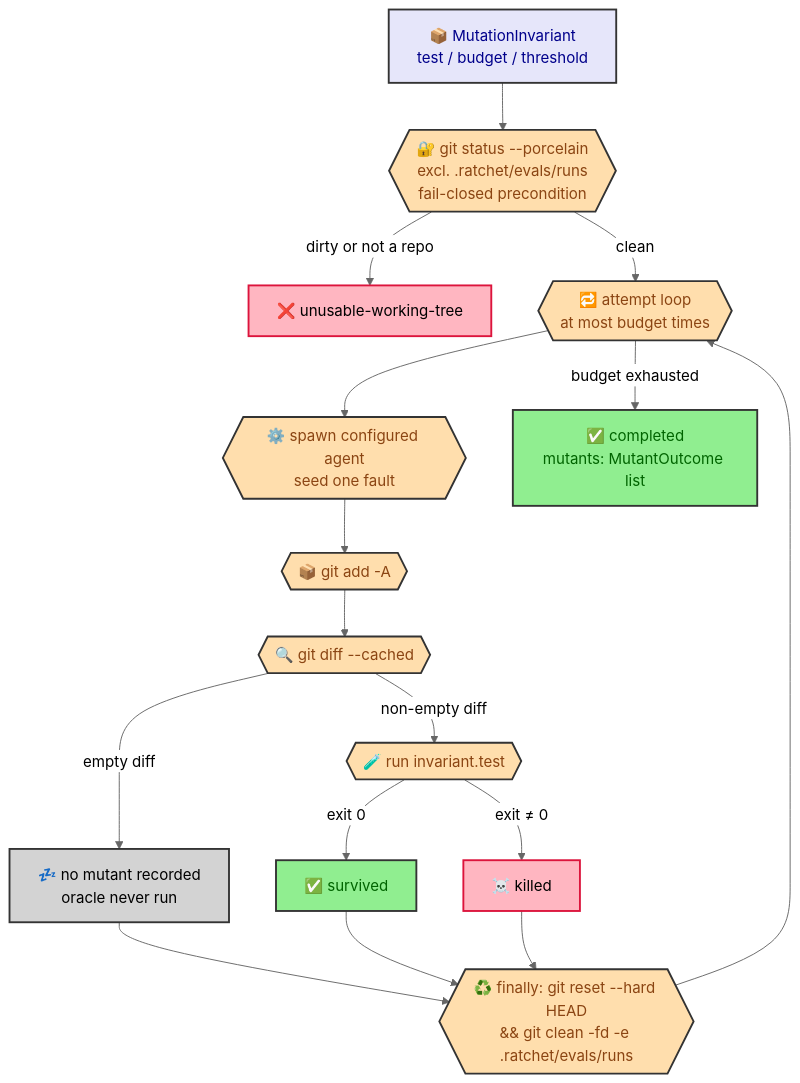
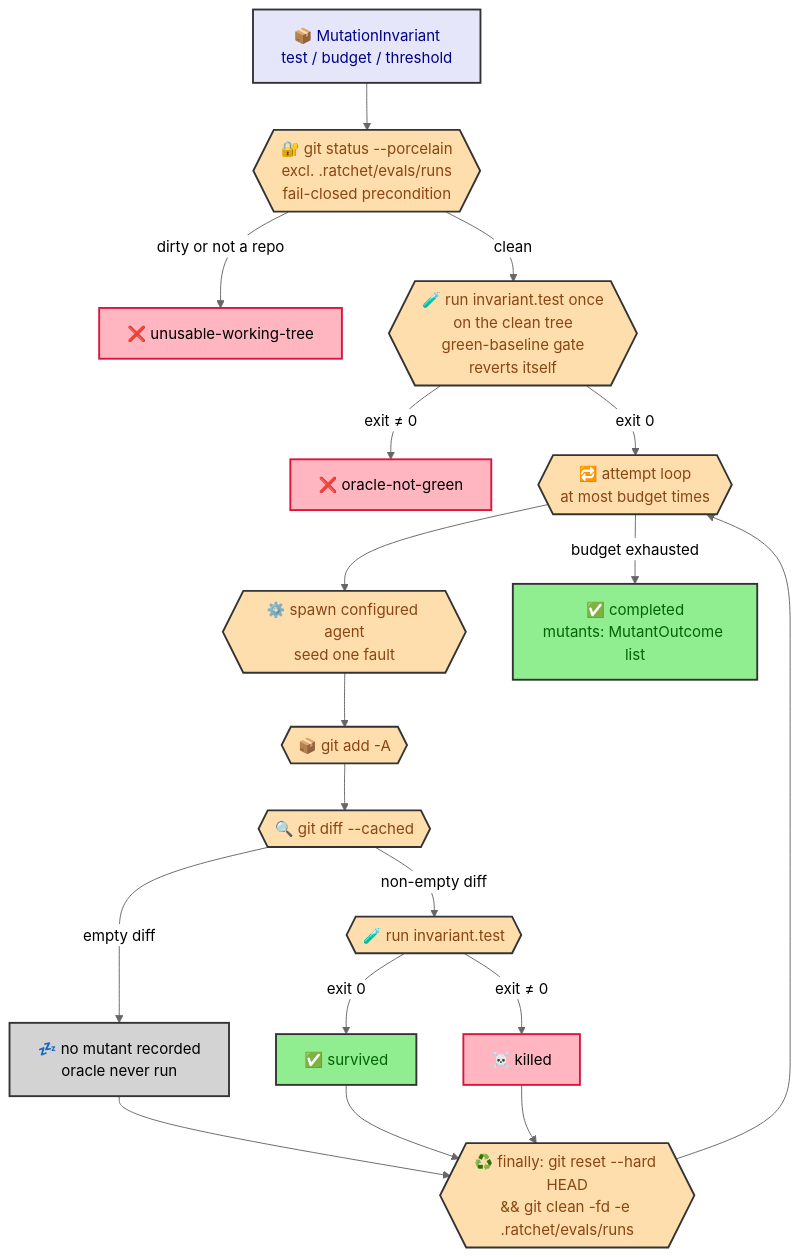
One commit to joctaTorres/ratchet changed the diagram in docs/eval-mutation-harness.md. Above: the diagram before and after it, drawn with Mermaid (neutral theme). The commit also changed other lines of this file and 9 other files, not shown here.

First line of the commit message:
fix(eval): require a green baseline before mutation seeding

````diff
--- a/docs/eval-mutation-harness.md
+++ b/docs/eval-mutation-harness.md
@@ -32,39 +32,42 @@
 ```mermaid
 flowchart TD
     INV[📦 MutationInvariant<br/>test / budget / threshold]
     PRECHECK{{🔐 git status --porcelain<br/>excl. .ratchet/evals/runs<br/>fail-closed precondition}}
     INV --> PRECHECK
     PRECHECK -->|dirty or not a repo| UNUSABLE[❌ unusable-working-tree]
 
-    PRECHECK -->|clean| LOOP{{🔁 attempt loop<br/>at most budget times}}
+    PRECHECK -->|clean| BASELINE{{🧪 run invariant.test once<br/>on the clean tree<br/>green-baseline gate<br/>reverts itself}}
+    BASELINE -->|exit ≠ 0| NOTGREEN[❌ oracle-not-green]
+
+    BASELINE -->|exit 0| LOOP{{🔁 attempt loop<br/>at most budget times}}
 
     LOOP --> SPAWN{{⚙️ spawn configured agent<br/>seed one fault}}
     SPAWN --> STAGE{{📦 git add -A}}
     STAGE --> DIFF{{🔍 git diff --cached}}
 
     DIFF -->|empty diff| SKIP[💤 no mutant recorded<br/>oracle never run]
     SKIP --> REVERT
 
     DIFF -->|non-empty diff| ORACLE{{🧪 run invariant.test}}
     ORACLE -->|exit 0| SURVIVED[✅ survived]
     ORACLE -->|exit ≠ 0| KILLED[☠️ killed]
 
     SURVIVED --> REVERT{{♻️ finally: git reset --hard HEAD<br/>&& git clean -fd -e .ratchet/evals/runs}}
     KILLED --> REVERT
     REVERT --> LOOP
 
     LOOP -->|budget exhausted| DONE[✅ completed<br/>mutants: MutantOutcome list]
 
     classDef input    fill:#E6E6FA,stroke:#333,stroke-width:2px,color:darkblue
     classDef step     fill:#FFDEAD,stroke:#333,stroke-width:2px,color:saddlebrown
     classDef proc     fill:#90EE90,stroke:#333,stroke-width:2px,color:darkgreen
     classDef success  fill:#90EE90,stroke:#333,stroke-width:2px,color:darkgreen
     classDef error    fill:#FFB6C1,stroke:#DC143C,stroke-width:2px,color:black
     classDef skip     fill:#D3D3D3,stroke:#333,stroke-width:2px,color:black
 
     class INV input
-    class PRECHECK,LOOP,SPAWN,STAGE,DIFF,ORACLE,REVERT step
+    class PRECHECK,BASELINE,LOOP,SPAWN,STAGE,DIFF,ORACLE,REVERT step
     class SURVIVED,DONE success
-    class KILLED,UNUSABLE error
+    class KILLED,UNUSABLE,NOTGREEN error
     class SKIP skip
 ```
````
